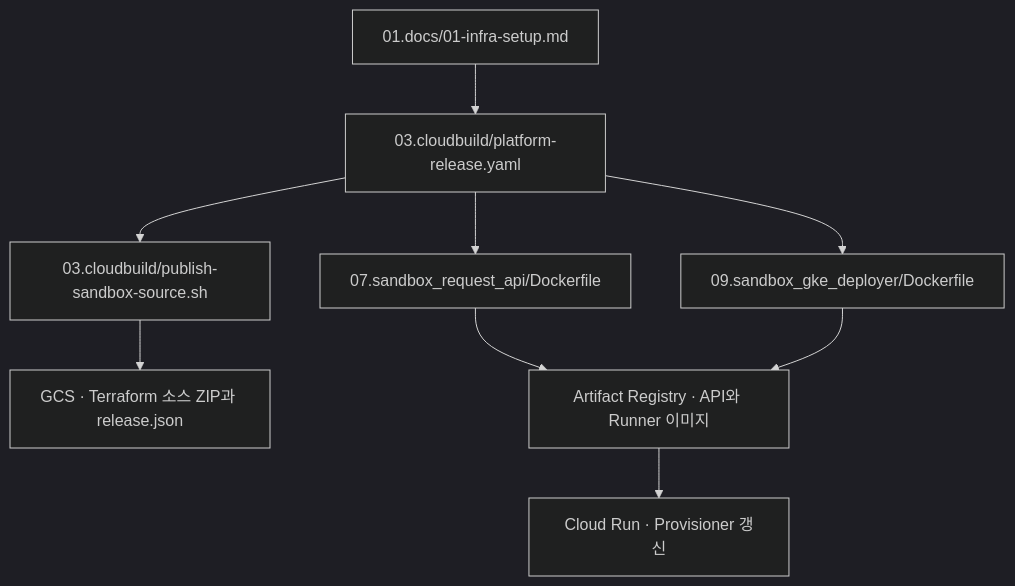
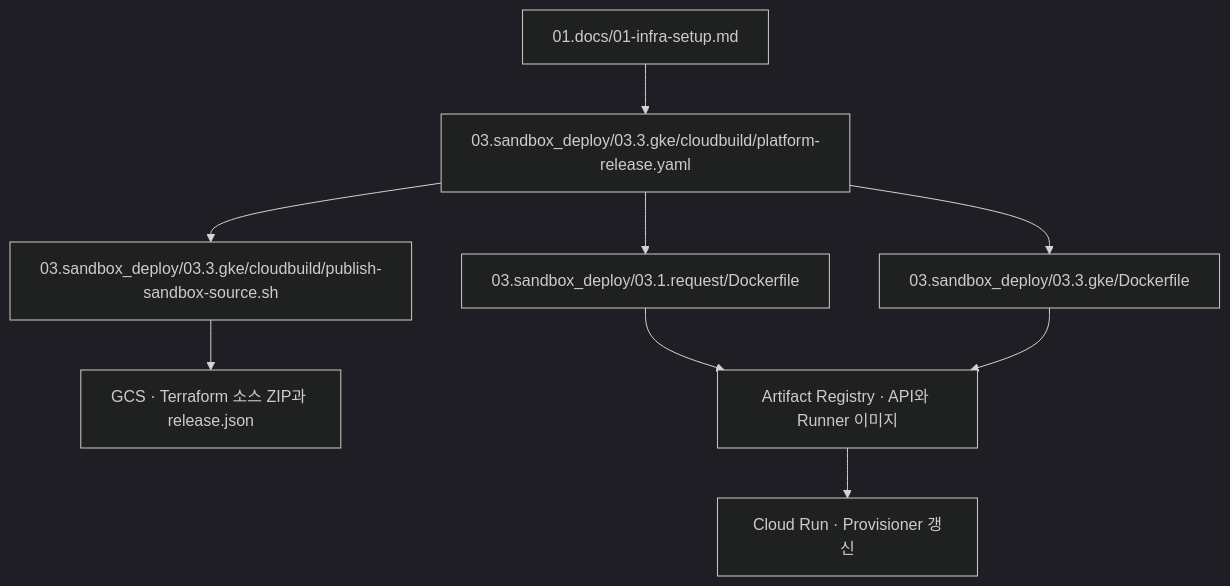
One commit to sonmap/https-github.com-sonmap-GCP_SBX_Test02 changed the second of 6 diagrams in 01.docs/reference/file-relationships.md. Above: the diagram before and after it, drawn with Mermaid (dark theme). The commit also changed other lines of this file and 78 other files, not shown here.

````diff
--- a/01.docs/reference/file-relationships.md
+++ b/01.docs/reference/file-relationships.md
@@ -43,16 +43,16 @@
 ```mermaid
 flowchart TD
     OP["01.docs/01-infra-setup.md"]
-    REL["03.cloudbuild/platform-release.yaml"]
-    API["07.sandbox_request_api/Dockerfile"]
-    RUN["09.sandbox_gke_deployer/Dockerfile"]
-    PUB["03.cloudbuild/publish-sandbox-source.sh"]
+    REL["03.sandbox_deploy/03.3.gke/cloudbuild/platform-release.yaml"]
+    API["03.sandbox_deploy/03.1.request/Dockerfile"]
+    RUN["03.sandbox_deploy/03.3.gke/Dockerfile"]
+    PUB["03.sandbox_deploy/03.3.gke/cloudbuild/publish-sandbox-source.sh"]
     ZIP["GCS · Terraform 소스 ZIP과 release.json"]
     AR["Artifact Registry · API와 Runner 이미지"]
     CR["Cloud Run · Provisioner 갱신"]
     OP --> REL
     REL --> API --> AR
     REL --> RUN --> AR
     REL --> PUB --> ZIP
     AR --> CR
 ```
````
